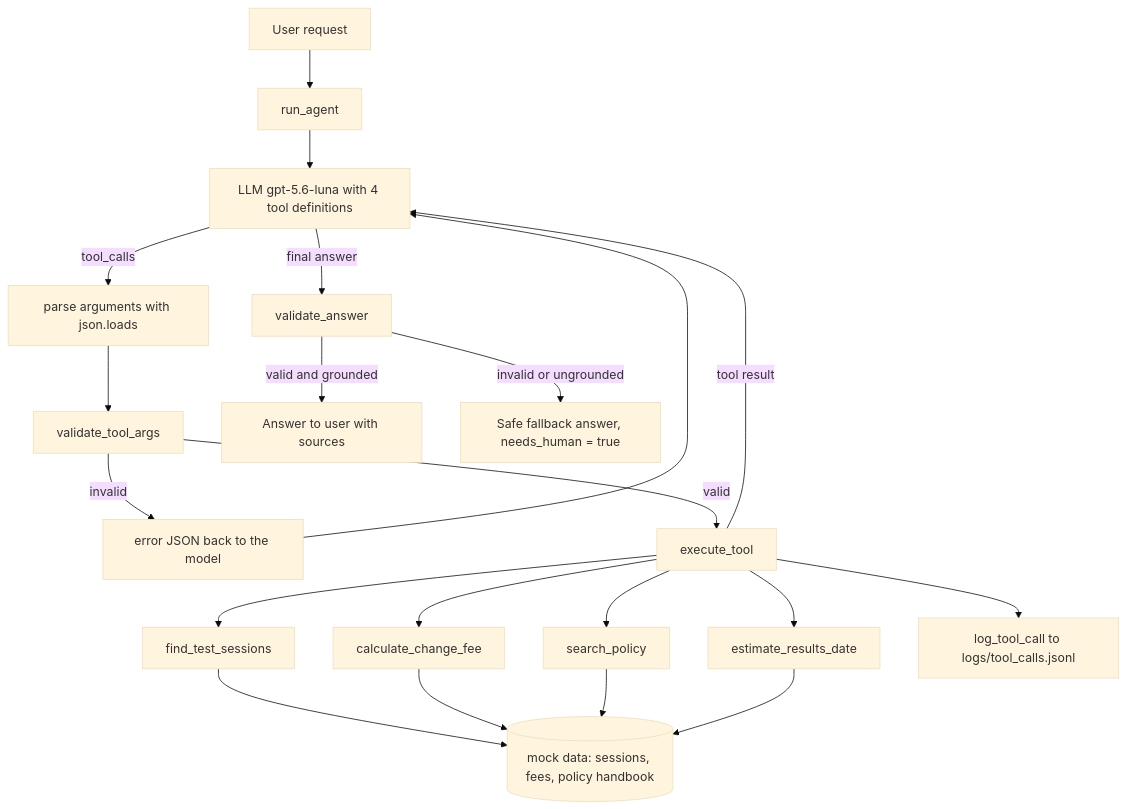
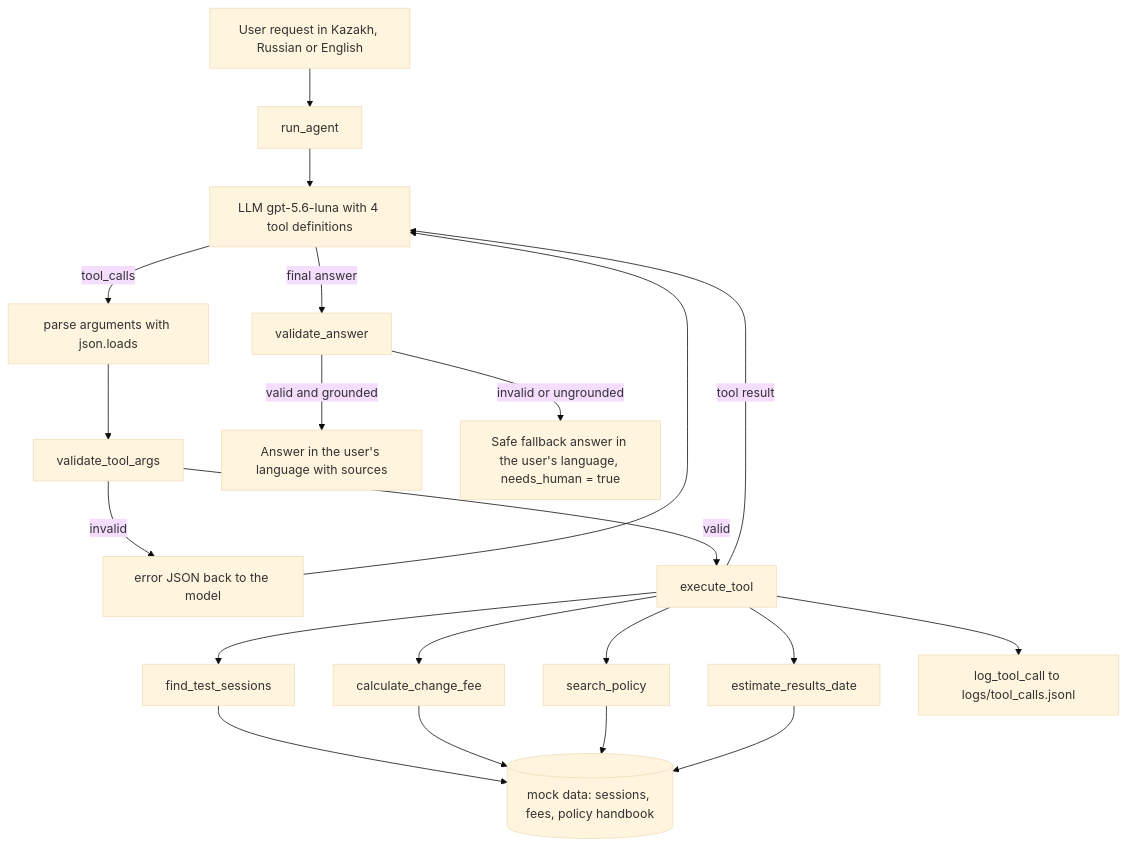
One commit to armansarsenbayev/css4007-ai-agents-final changed the diagram in reports/proposal.md. Above: the diagram before and after it, drawn with Mermaid (base theme). The commit also changed other lines of this file and 1 other file, not shown here.

````diff
--- a/reports/proposal.md
+++ b/reports/proposal.md
@@ -83,20 +90,20 @@
 ```mermaid
 flowchart TD
-    U[User request] --> A[run_agent]
+    U[User request in Kazakh, Russian or English] --> A[run_agent]
     A --> M[LLM gpt-5.6-luna with 4 tool definitions]
     M -->|final answer| V[validate_answer]
     M -->|tool_calls| P[parse arguments with json.loads]
     P --> S[validate_tool_args]
     S -->|invalid| E[error JSON back to the model]
     S -->|valid| X[execute_tool]
     X --> T1[find_test_sessions]
     X --> T2[calculate_change_fee]
     X --> T3[search_policy]
     X --> T4[estimate_results_date]
     T1 & T2 & T3 & T4 --> D[(mock data: sessions, fees, policy handbook)]
     X --> L[log_tool_call to logs/tool_calls.jsonl]
     X -->|tool result| M
     E --> M
-    V -->|valid and grounded| O[Answer to user with sources]
-    V -->|invalid or ungrounded| F[Safe fallback answer, needs_human = true]
+    V -->|valid and grounded| O[Answer in the user's language with sources]
+    V -->|invalid or ungrounded| F[Safe fallback answer in the user's language, needs_human = true]
 ```
````
